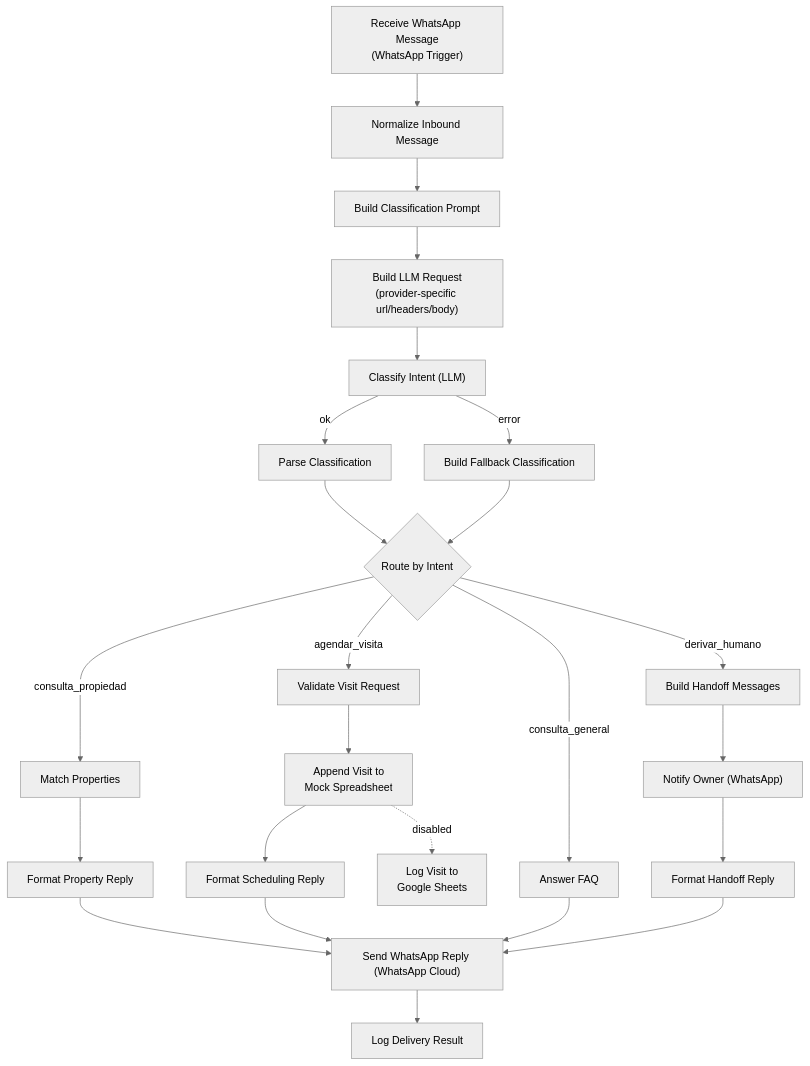
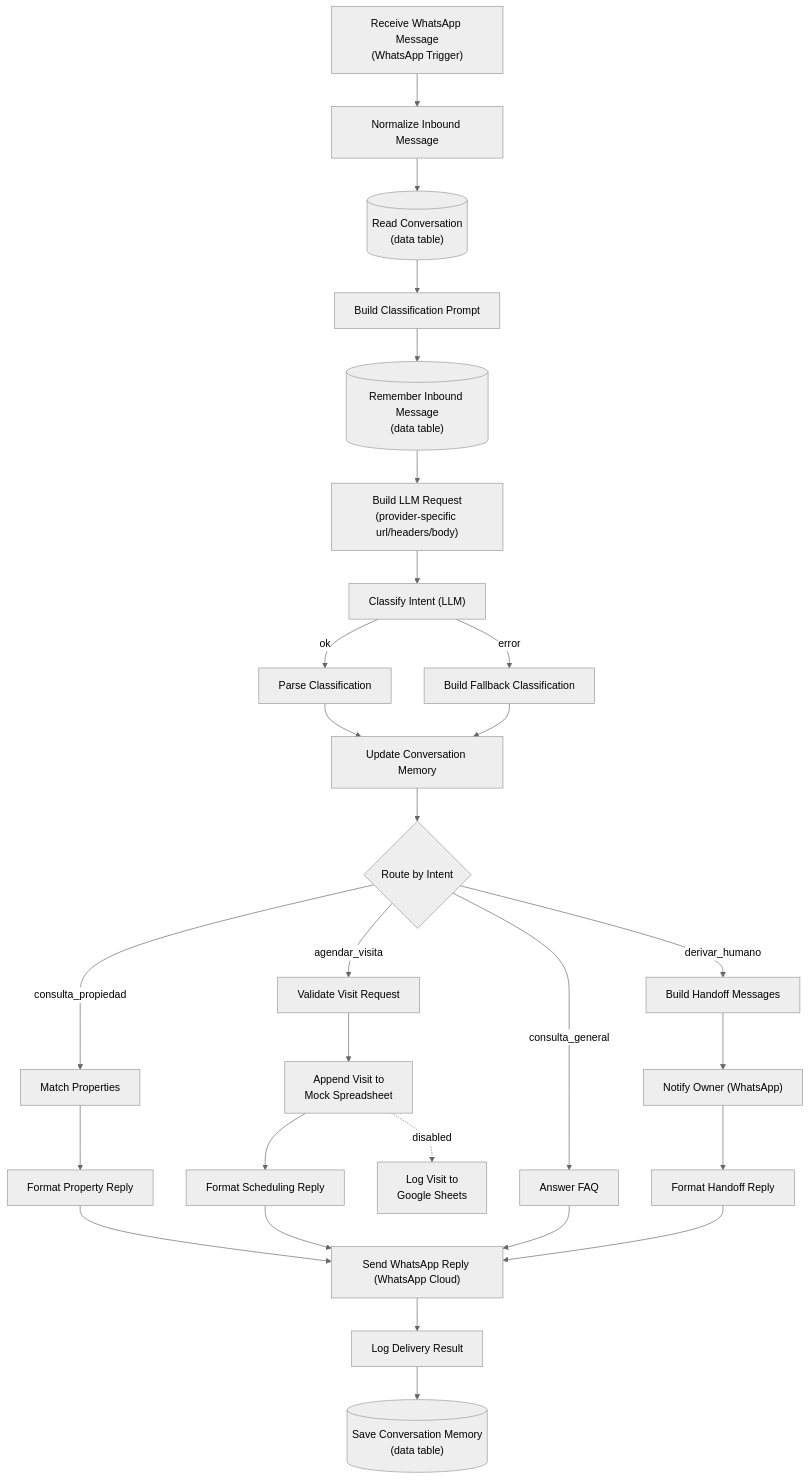
The diagram in demos/01-whatsapp-agent/README.md (ignacionicola/automation-demos), drawn with Mermaid (neutral theme) before and after one commit. The commit also changed other lines of this file and 4 other files, not shown here.

````diff
--- a/demos/01-whatsapp-agent/README.md
+++ b/demos/01-whatsapp-agent/README.md
@@ -29,33 +29,37 @@
 ```mermaid
 flowchart TD
     A["Receive WhatsApp Message<br/>(WhatsApp Trigger)"] --> B[Normalize Inbound Message]
-    B --> C[Build Classification Prompt]
-    C --> C2["Build LLM Request<br/>(provider-specific url/headers/body)"]
+    B --> MR[("Read Conversation<br/>(data table)")]
+    MR --> C[Build Classification Prompt]
+    C --> MW[("Remember Inbound Message<br/>(data table)")]
+    MW --> C2["Build LLM Request<br/>(provider-specific url/headers/body)"]
     C2 --> D["Classify Intent (LLM)"]
 
     D -->|ok| E[Parse Classification]
     D -->|error| F[Build Fallback Classification]
 
-    E --> G{Route by Intent}
-    F --> G
+    E --> MU[Update Conversation Memory]
+    F --> MU
+    MU --> G{Route by Intent}
 
     G -->|consulta_propiedad| H[Match Properties]
     H --> I[Format Property Reply]
 
     G -->|agendar_visita| J[Validate Visit Request]
     J --> K["Append Visit to<br/>Mock Spreadsheet"]
     K --> L[Format Scheduling Reply]
     K -.disabled.-> M["Log Visit to<br/>Google Sheets"]
 
     G -->|consulta_general| N[Answer FAQ]
 
     G -->|derivar_humano| O[Build Handoff Messages]
     O --> P["Notify Owner (WhatsApp)"]
     P --> Q[Format Handoff Reply]
 
     I --> R["Send WhatsApp Reply (WhatsApp Cloud)"]
     L --> R
     N --> R
     Q --> R
     R --> S[Log Delivery Result]
+    S --> MS[("Save Conversation Memory<br/>(data table)")]
 ```
````
